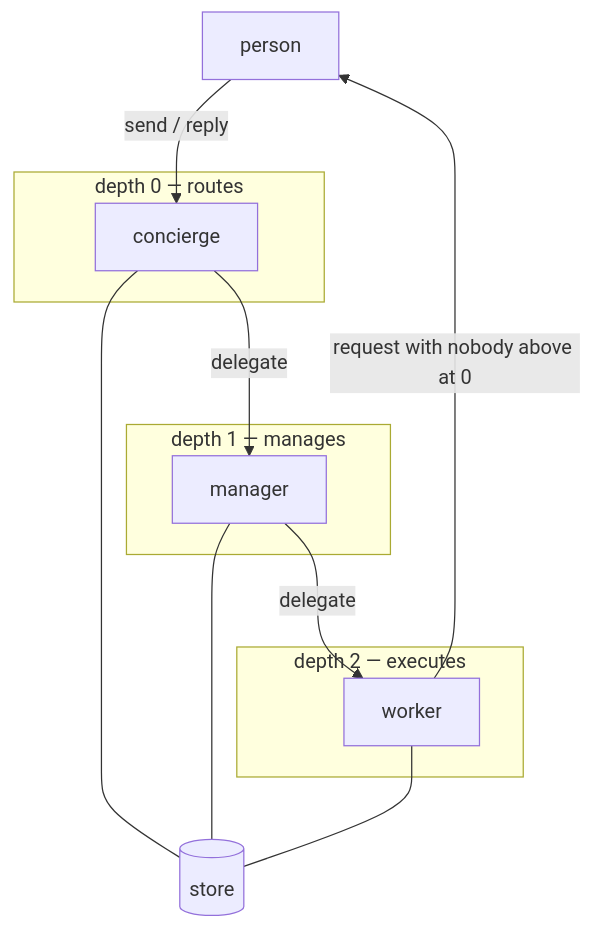
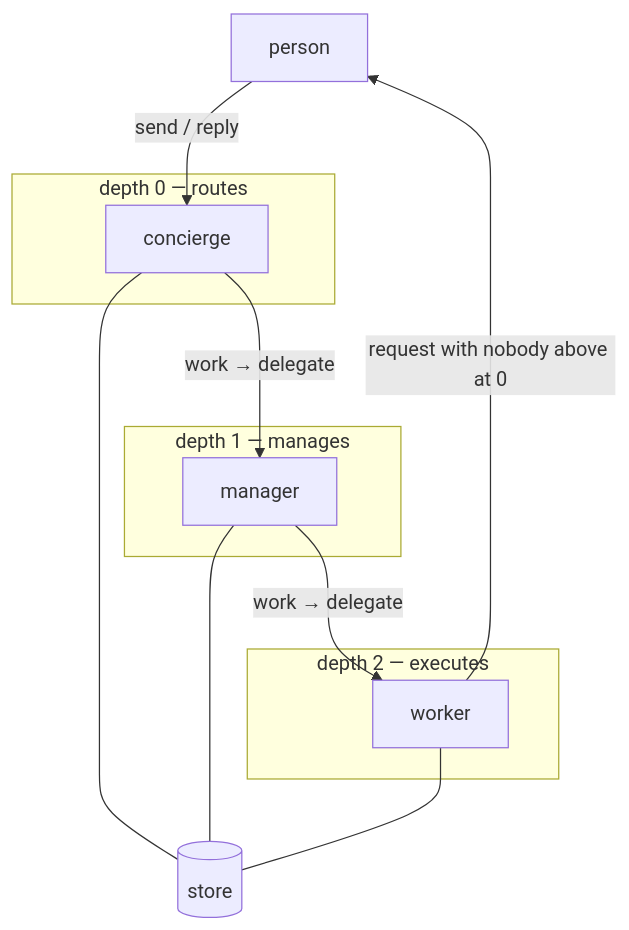
One commit to This-Is-NPC/omunculus changed the fourth of 10 diagrams in docs/possibilities.md. Above: the diagram before and after it, drawn with Mermaid. The commit also changed other lines of this file and 31 other files, not shown here.

````diff
--- a/docs/possibilities.md
+++ b/docs/possibilities.md
@@ -177,21 +187,21 @@
 ```mermaid
 flowchart TB
     person[person]
     subgraph d0 [depth 0 — routes]
         concierge[concierge]
     end
     subgraph d1 [depth 1 — manages]
         manager[manager]
     end
     subgraph d2 [depth 2 — executes]
         worker[worker]
     end
     store[(store)]
     person -->|send / reply| concierge
-    concierge -->|delegate| manager
-    manager -->|delegate| worker
+    concierge -->|"work → delegate"| manager
+    manager -->|"work → delegate"| worker
     worker -->|request with nobody above at 0| person
     concierge --- store
     manager --- store
     worker --- store
 ```
````
